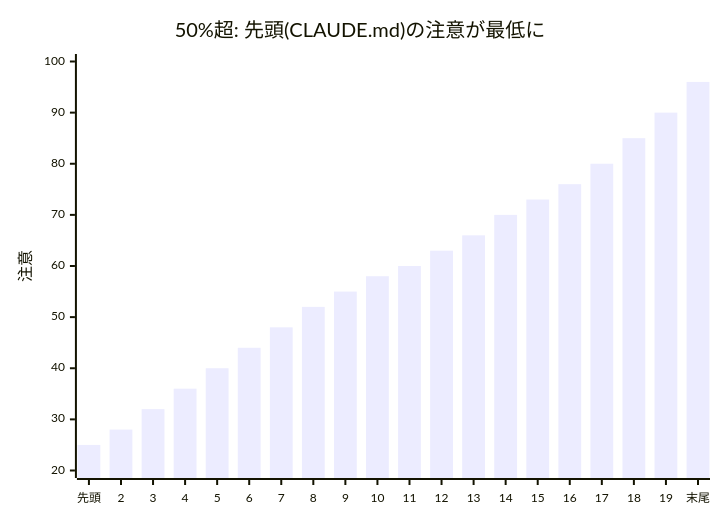
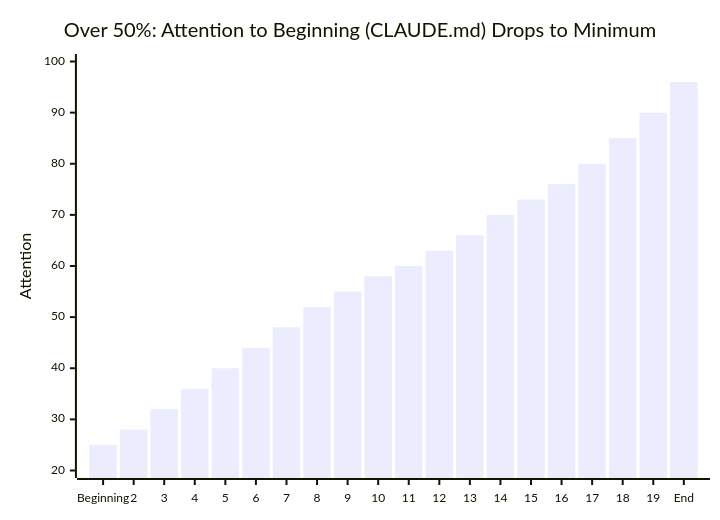
One commit to shuji-bonji/understanding-llm-through-claude-code changed the second of 2 diagrams in docs/01-llm-structural-problems/lost-in-the-middle.md. Above: the diagram before and after it, drawn with Mermaid. The commit also changed other lines of this file and 100 other files, not shown here.

````diff
--- a/docs/01-llm-structural-problems/lost-in-the-middle.md
+++ b/docs/01-llm-structural-problems/lost-in-the-middle.md
@@ -47,15 +49,15 @@
 ```mermaid
 ---
 config:
     xyChart:
         xAxis:
             labelFontSize: 12
         yAxis:
             labelFontSize: 12
 ---
 xychart
-    title "50%超: 先頭(CLAUDE.md)の注意が最低に"
-    x-axis ["先頭", "2", "3", "4", "5", "6", "7", "8", "9", "10", "11", "12", "13", "14", "15", "16", "17", "18", "19", "末尾"]
-    y-axis "注意" 20 --> 100
+    title "Over 50%: Attention to Beginning (CLAUDE.md) Drops to Minimum"
+    x-axis ["Beginning", "2", "3", "4", "5", "6", "7", "8", "9", "10", "11", "12", "13", "14", "15", "16", "17", "18", "19", "End"]
+    y-axis "Attention" 20 --> 100
     bar [25, 28, 32, 36, 40, 44, 48, 52, 55, 58, 60, 63, 66, 70, 73, 76, 80, 85, 90, 96]
 ```
````
